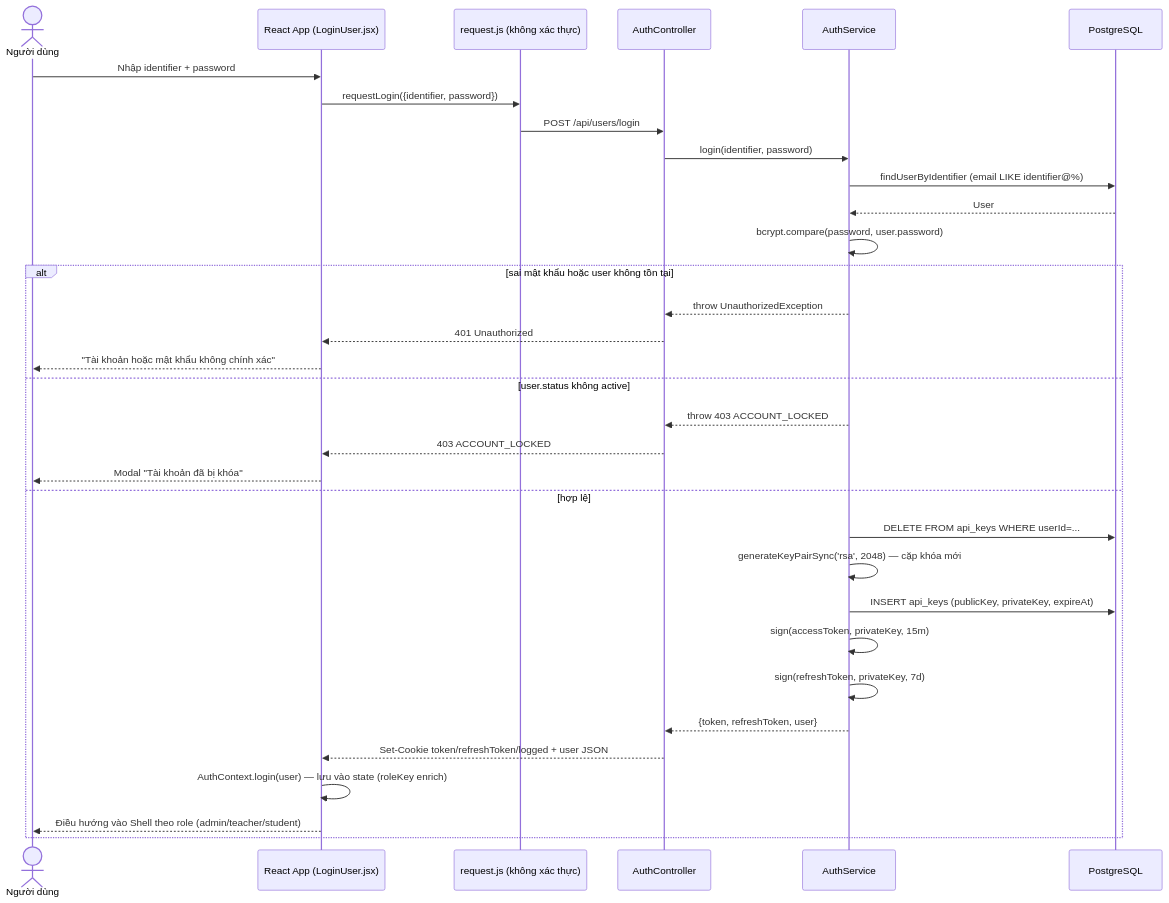
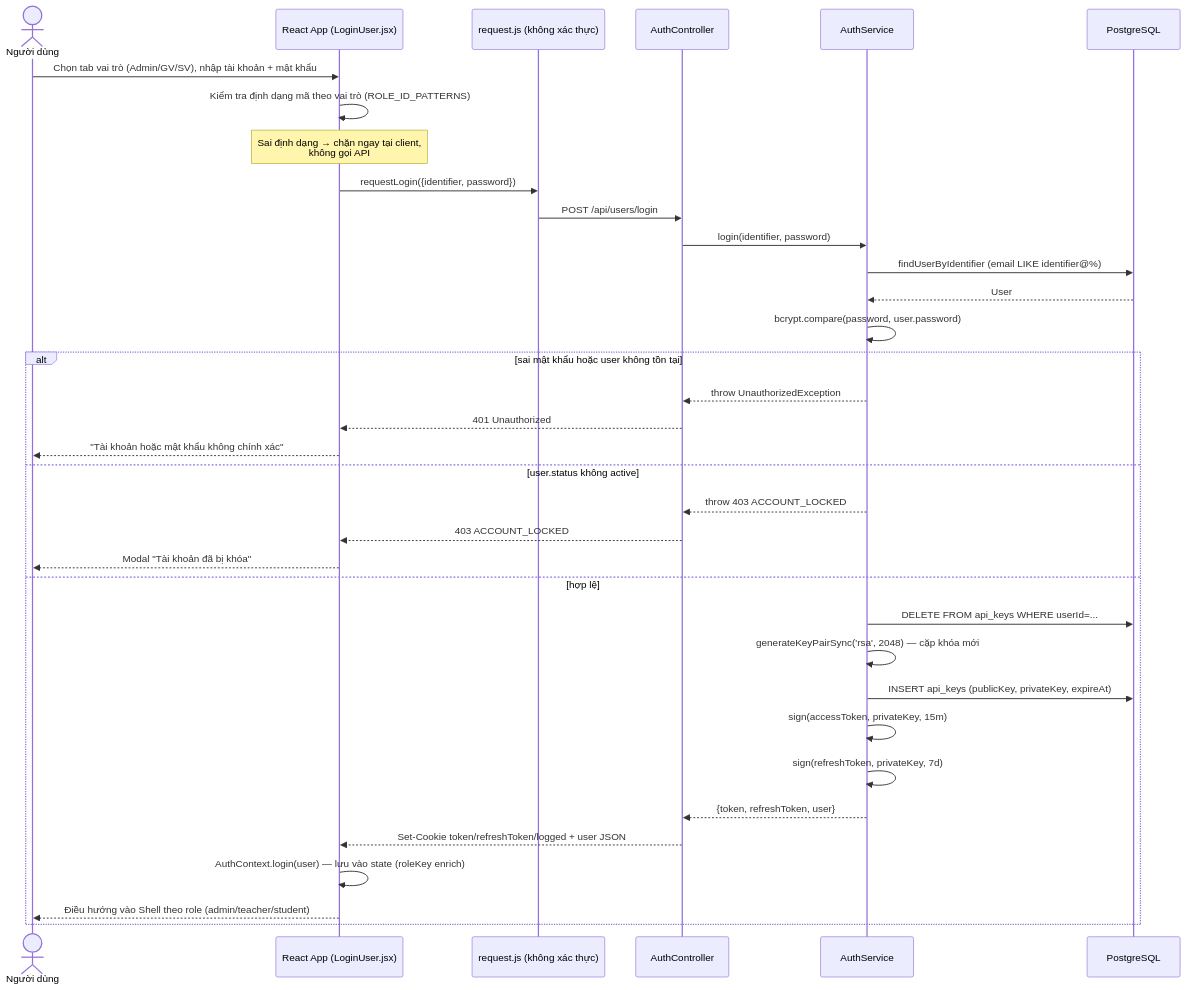
The first of 22 diagrams in documents/04-sequence-nghiep-vu.md (tungns0804/Education_Management), drawn with Mermaid before and after one commit. The commit also changed other lines of this file and 30 other files, not shown here.

````diff
--- a/documents/04-sequence-nghiep-vu.md
+++ b/documents/04-sequence-nghiep-vu.md
@@ -7,36 +7,38 @@
 ```mermaid
 sequenceDiagram
     actor U as Người dùng
     participant C as React App (LoginUser.jsx)
     participant Http as request.js (không xác thực)
     participant Ctrl as AuthController
     participant Svc as AuthService
     participant DB as PostgreSQL
 
-    U->>C: Nhập identifier + password
+    U->>C: Chọn tab vai trò (Admin/GV/SV), nhập tài khoản + mật khẩu
+    C->>C: Kiểm tra định dạng mã theo vai trò (ROLE_ID_PATTERNS)
+    Note over C: Sai định dạng → chặn ngay tại client,<br/>không gọi API
     C->>Http: requestLogin({identifier, password})
     Http->>Ctrl: POST /api/users/login
     Ctrl->>Svc: login(identifier, password)
     Svc->>DB: findUserByIdentifier (email LIKE identifier@%)
     DB-->>Svc: User
     Svc->>Svc: bcrypt.compare(password, user.password)
     alt sai mật khẩu hoặc user không tồn tại
         Svc-->>Ctrl: throw UnauthorizedException
         Ctrl-->>C: 401 Unauthorized
         C-->>U: "Tài khoản hoặc mật khẩu không chính xác"
     else user.status không active
         Svc-->>Ctrl: throw 403 ACCOUNT_LOCKED
         Ctrl-->>C: 403 ACCOUNT_LOCKED
         C-->>U: Modal "Tài khoản đã bị khóa"
     else hợp lệ
         Svc->>DB: DELETE FROM api_keys WHERE userId=...
         Svc->>Svc: generateKeyPairSync('rsa', 2048) — cặp khóa mới
         Svc->>DB: INSERT api_keys (publicKey, privateKey, expireAt)
         Svc->>Svc: sign(accessToken, privateKey, 15m)
         Svc->>Svc: sign(refreshToken, privateKey, 7d)
         Svc-->>Ctrl: {token, refreshToken, user}
         Ctrl-->>C: Set-Cookie token/refreshToken/logged + user JSON
         C->>C: AuthContext.login(user) — lưu vào state (roleKey enrich)
         C-->>U: Điều hướng vào Shell theo role (admin/teacher/student)
     end
 ```
````
